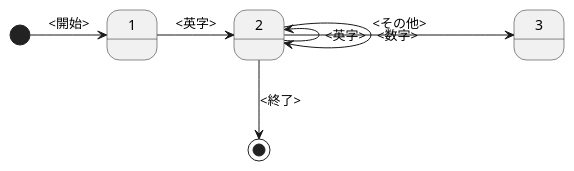
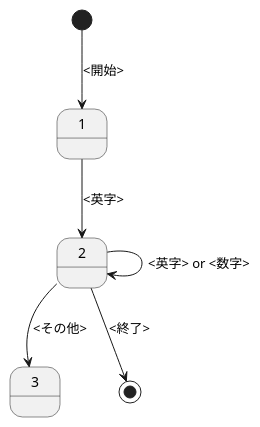
Before and after one commit to takerumimata/pl-0dash: the diagram in state.pu, drawn with PlantUML.

```diff
--- a/state.pu
+++ b/state.pu
@@ -1,19 +1,19 @@
 @startuml read<name>
 state 1 {
 
 }
 
 state 2 {
 
 }
 
 state 3 {
 
 }
-[*] -right-> 1: <開始>
-1 -right-> 2: <英字>
-2 -right-> 3: <その他>
-2 -up-> 2: <英字>
-2 -down-> 2: <数字>
+[*] -down-> 1: <開始>
+1 -down-> 2: <英字>
+2 -down-> 3: <その他>
+2 --> 2: <英字> or <数字>
+' 2 --> 2: <数字>
 2 --> [*]: <終了>
 @enduml
```
